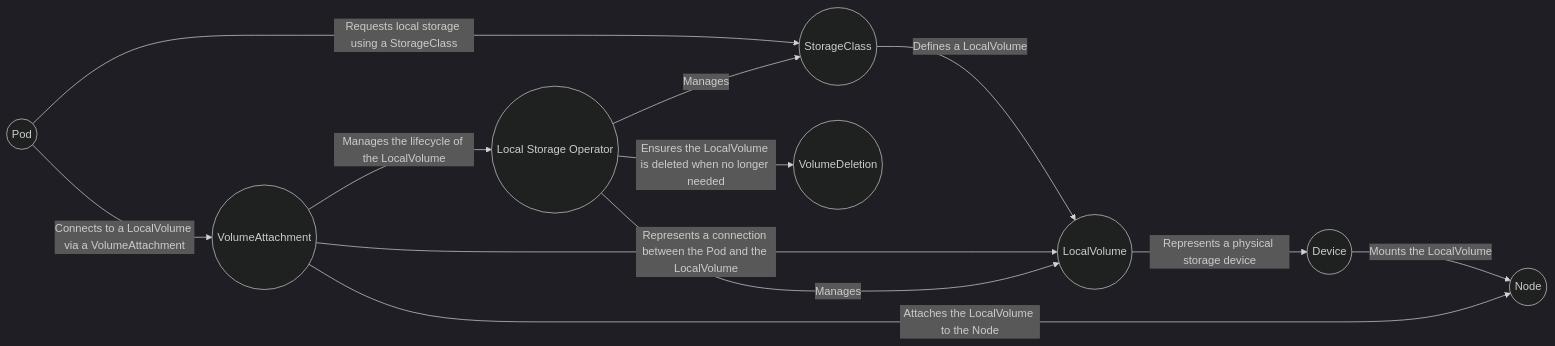
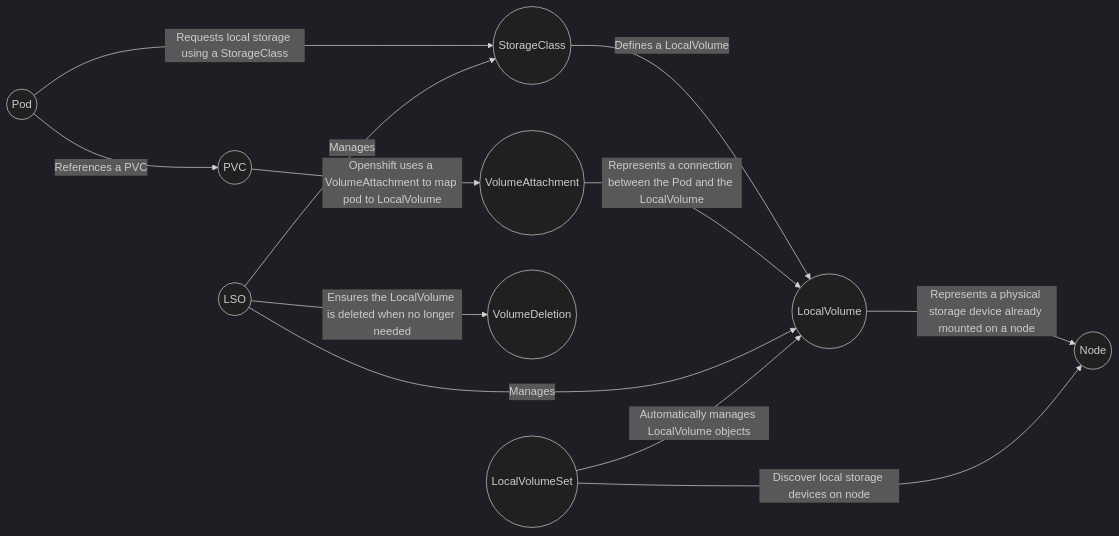
Before and after one commit to emmahone/Local-Storage-Operator-reference: the first of 2 diagrams in README.md, drawn with Mermaid (dark theme).

Commit message:
Update LSO flowchart

````diff
--- a/README.md
+++ b/README.md
@@ -4,14 +4,14 @@
 ```mermaid
 graph LR
     Pod((Pod)) -->|Requests local storage using a StorageClass| StorageClass((StorageClass))
     StorageClass -->|Defines a LocalVolume| LocalVolume((LocalVolume))
-    LocalVolume -->|Represents a physical storage device| Device((Device))
-    Device -->|Mounts the LocalVolume| Node((Node))
-    Pod -->|Connects to a LocalVolume via a VolumeAttachment| VolumeAttachment((VolumeAttachment))
+    LocalVolume -->|Represents a physical storage device already mounted on a node| Node((Node))
+    Pod -->|References a PVC| PVC((PVC))
+    PVC -->|Openshift uses a VolumeAttachment to map pod to LocalVolume| VolumeAttachment((VolumeAttachment))
     VolumeAttachment -->|Represents a connection between the Pod and the LocalVolume| LocalVolume
-    VolumeAttachment -->|Attaches the LocalVolume to the Node| Node
-    VolumeAttachment -->|Manages the lifecycle of the LocalVolume| LSO(("Local Storage Operator"))
-    LSO -->|Ensures the LocalVolume is deleted when no longer needed| VolumeDeletion((VolumeDeletion))
-    LSO -->|Manages| LocalVolume
-    LSO -->|Manages| StorageClass
+    LSO((LSO)) -->|Ensures the LocalVolume is deleted when no longer needed| VolumeDeletion((VolumeDeletion))
+    LSO((LSO)) -->|Manages| LocalVolume
+    LSO((LSO)) -->|Manages| StorageClass
+    LocalVolumeSet((LocalVolumeSet)) -->|Discover local storage devices on node| Node((Node))
+    LocalVolumeSet((LocalVolumeSet)) -->|Automatically manages LocalVolume objects|LocalVolume((LocalVolume))
 ```
````
